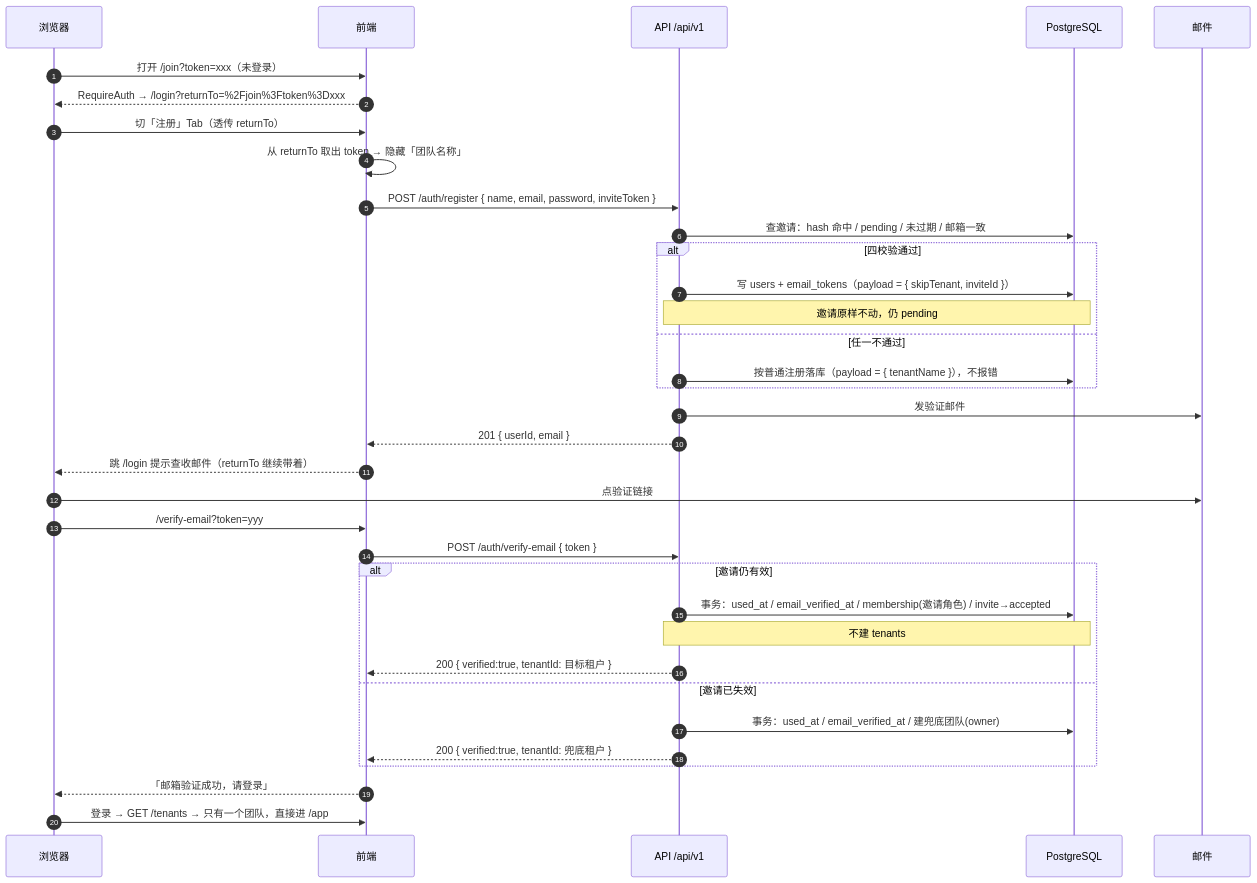
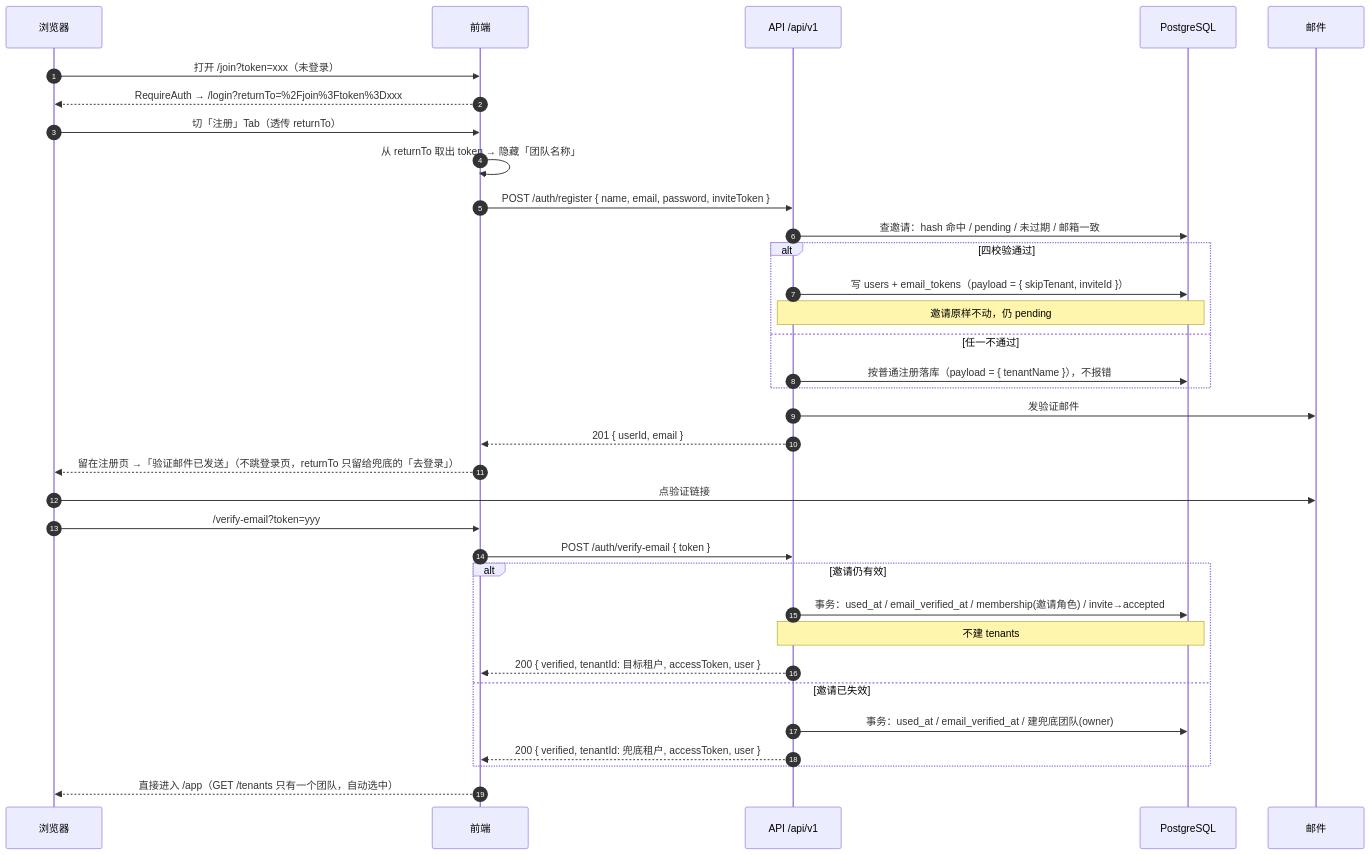
Before and after one commit to silent-wood/saas-starter: the fourth of 4 diagrams in _docs/功能技术方案/01-注册与登录.md, drawn with Mermaid. The commit also changed other lines of this file and 23 other files, not shown here.

````diff
--- a/_docs/功能技术方案/01-注册与登录.md
+++ b/_docs/功能技术方案/01-注册与登录.md
@@ -207,38 +211,37 @@
 ```mermaid
 sequenceDiagram
     autonumber
     participant U as 浏览器
     participant W as 前端
     participant A as API /api/v1
     participant D as PostgreSQL
     participant M as 邮件
 
     U->>W: 打开 /join?token=xxx（未登录）
     W-->>U: RequireAuth → /login?returnTo=%2Fjoin%3Ftoken%3Dxxx
     U->>W: 切「注册」Tab（透传 returnTo）
     W->>W: 从 returnTo 取出 token → 隐藏「团队名称」
     W->>A: POST /auth/register { name, email, password, inviteToken }
     A->>D: 查邀请：hash 命中 / pending / 未过期 / 邮箱一致
     alt 四校验通过
         A->>D: 写 users + email_tokens（payload = { skipTenant, inviteId }）
         Note over A,D: 邀请原样不动，仍 pending
     else 任一不通过
         A->>D: 按普通注册落库（payload = { tenantName }），不报错
     end
     A->>M: 发验证邮件
     A-->>W: 201 { userId, email }
-    W-->>U: 跳 /login 提示查收邮件（returnTo 继续带着）
+    W-->>U: 留在注册页 →「验证邮件已发送」（不跳登录页，returnTo 只留给兜底的「去登录」）
     U->>M: 点验证链接
     U->>W: /verify-email?token=yyy
     W->>A: POST /auth/verify-email { token }
     alt 邀请仍有效
         A->>D: 事务：used_at / email_verified_at / membership(邀请角色) / invite→accepted
         Note over A,D: 不建 tenants
-        A-->>W: 200 { verified:true, tenantId: 目标租户 }
+        A-->>W: 200 { verified, tenantId: 目标租户, accessToken, user }
     else 邀请已失效
         A->>D: 事务：used_at / email_verified_at / 建兜底团队(owner)
-        A-->>W: 200 { verified:true, tenantId: 兜底租户 }
+        A-->>W: 200 { verified, tenantId: 兜底租户, accessToken, user }
     end
-    W-->>U: 「邮箱验证成功，请登录」
-    U->>W: 登录 → GET /tenants → 只有一个团队，直接进 /app
+    W-->>U: 直接进入 /app（GET /tenants 只有一个团队，自动选中）
 ```
````
